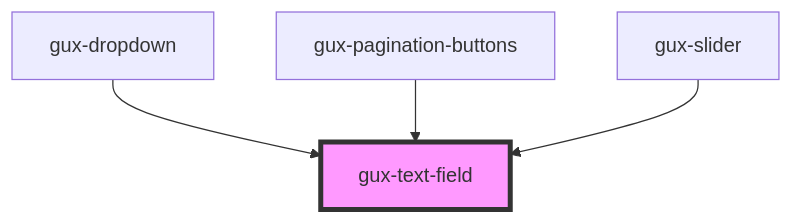
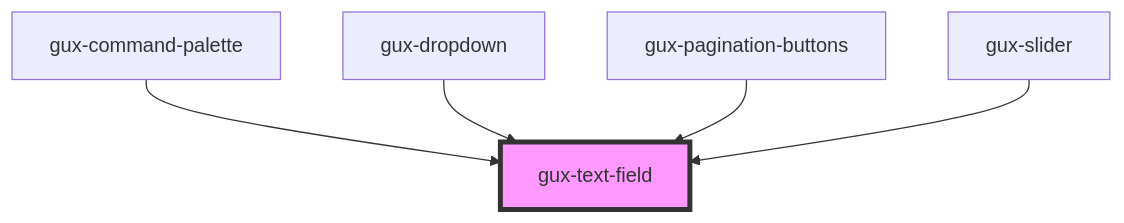
Before and after one commit to MyPureCloud/genesys-spark: the diagram in src/components/global/gux-text-field/readme.md, drawn with Mermaid. The commit also changed other lines of this file and 11 other files, not shown here.

Commit message:
feat(command-palette): initial creation of component

````diff
--- a/src/components/global/gux-text-field/readme.md
+++ b/src/components/global/gux-text-field/readme.md
@@ -73,7 +74,8 @@
 ```mermaid
 graph TD;
+  gux-command-palette --> gux-text-field
   gux-dropdown --> gux-text-field
   gux-pagination-buttons --> gux-text-field
   gux-slider --> gux-text-field
   style gux-text-field fill:#f9f,stroke:#333,stroke-width:4px
 ```
````
